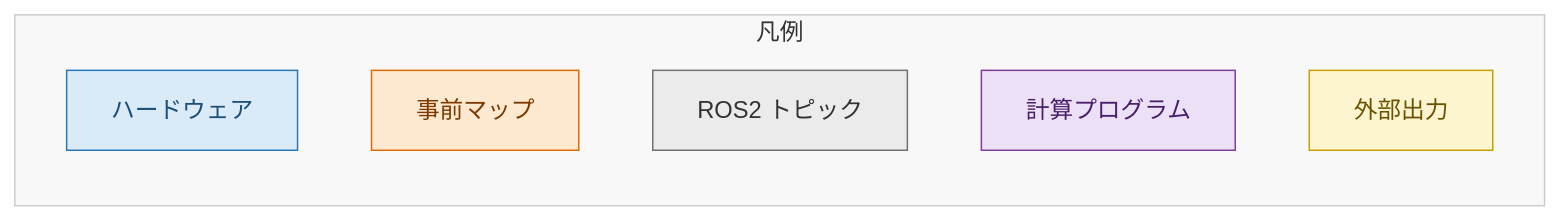
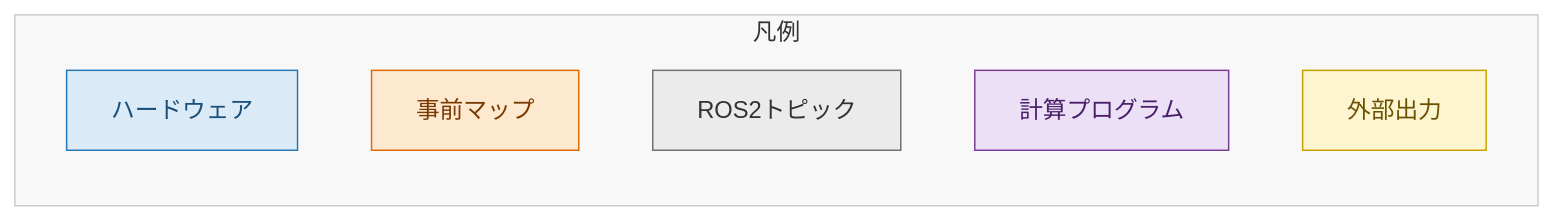
One commit to amslabtech/chibi26_c changed the second of 2 diagrams in README.md. Above: the diagram before and after it, drawn with Mermaid. The commit also changed other lines of this file and 3 other files, not shown here.

````diff
--- a/README.md
+++ b/README.md
@@ -51,21 +41,21 @@
 ```mermaid
 graph LR
     classDef blue   fill:#daeaf6,stroke:#2878b5,color:#1a4f7a
     classDef orange fill:#fde8d0,stroke:#e06c00,color:#7a3a00
     classDef green  fill:#d6eedc,stroke:#2e8b57,color:#1a5233
     classDef red    fill:#fad6d6,stroke:#c0392b,color:#6e1f1a
     classDef yellow fill:#fdf5d0,stroke:#c8a000,color:#6b5200
     classDef purple fill:#ebe0f5,stroke:#7d3c98,color:#4a1f6a
     classDef gray   fill:#ebebeb,stroke:#707070,color:#333333
     classDef brown  fill:#f0e0d0,stroke:#8b4513,color:#4a2009
 
     subgraph 凡例
         L1[ハードウェア]:::blue
         L2[事前マップ]:::orange
-        L3[ROS2 トピック]:::gray
+        L3[ROS2トピック]:::gray
         L4[計算プログラム]:::purple
         L5[外部出力]:::yellow
     end
 
     style 凡例 fill:#f8f8f8,stroke:#cccccc,color:#333333
 ```
````
